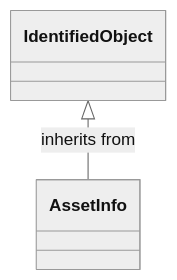
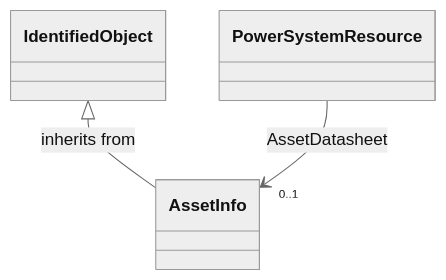
One commit to PNNL-CIM-Tools/CIM-Graph changed the eighth of 14 diagrams in cimgraph/data_profile/cim18gmdm/asset/Asset.rdfs-t2b.md. Above: the diagram before and after it, drawn with Mermaid (neutral theme). The commit also changed other lines of this file, not shown here.

````diff
--- a/cimgraph/data_profile/cim18gmdm/asset/Asset.rdfs-t2b.md
+++ b/cimgraph/data_profile/cim18gmdm/asset/Asset.rdfs-t2b.md
@@ -385,6 +369,7 @@
 ```mermaid
 classDiagram
 class AssetInfo{
 }
 IdentifiedObject <|-- AssetInfo : inherits from
+PowerSystemResource --> "0..1" AssetInfo : AssetDatasheet
 ```
````
